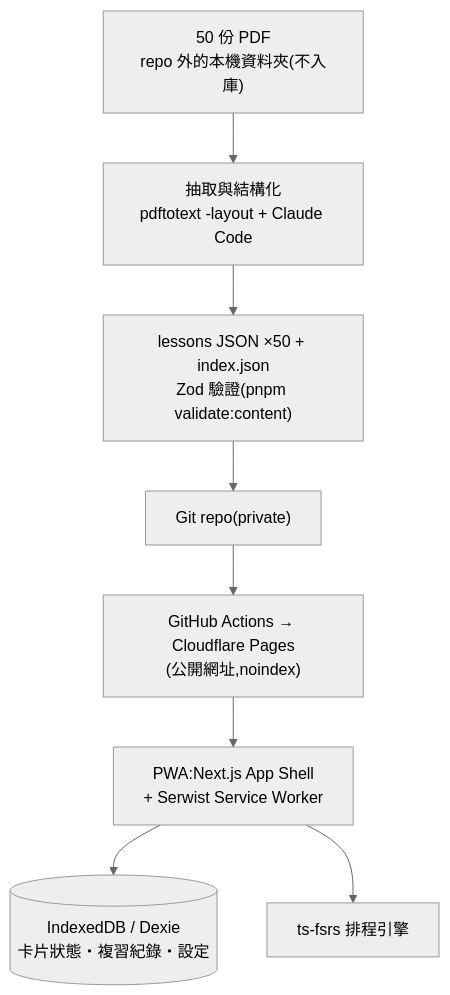
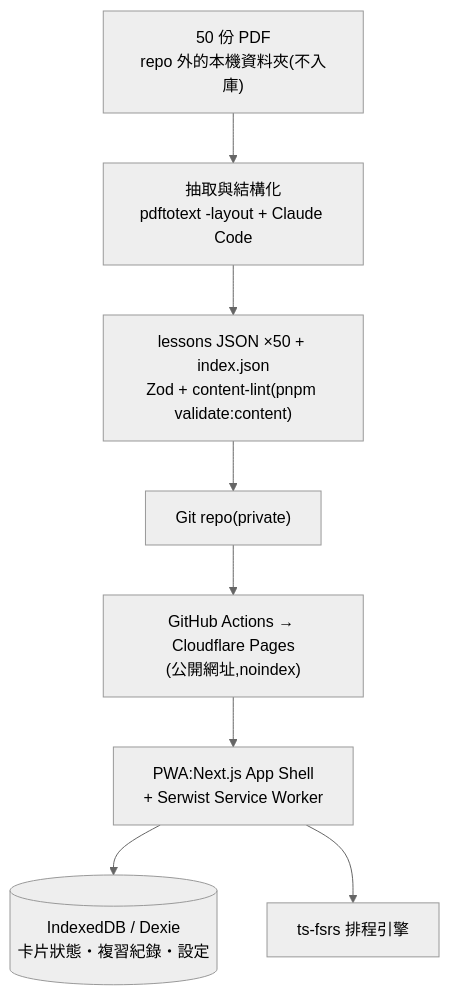
One commit to sychen6192/minna-pwa changed the diagram in docs/ARCHITECTURE.md. Above: the diagram before and after it, drawn with Mermaid (neutral theme). The commit also changed other lines of this file and 7 other files, not shown here.

First line of the commit message:
feat(content): T12.1 content-lint——15 條 error、10 條 warning 與待修清單

````diff
--- a/docs/ARCHITECTURE.md
+++ b/docs/ARCHITECTURE.md
@@ -5,10 +5,10 @@
 ```mermaid
 flowchart TD
   A["50 份 PDF<br/>repo 外的本機資料夾(不入庫)"] --> B["抽取與結構化<br/>pdftotext -layout + Claude Code"]
-  B --> C["lessons JSON ×50 + index.json<br/>Zod 驗證(pnpm validate:content)"]
+  B --> C["lessons JSON ×50 + index.json<br/>Zod + content-lint(pnpm validate:content)"]
   C --> D["Git repo(private)"]
   D --> E["GitHub Actions → Cloudflare Pages<br/>(公開網址,noindex)"]
   E --> F["PWA:Next.js App Shell<br/>+ Serwist Service Worker"]
   F --> G[("IndexedDB / Dexie<br/>卡片狀態・複習紀錄・設定")]
   F --> H["ts-fsrs 排程引擎"]
 ```
````
